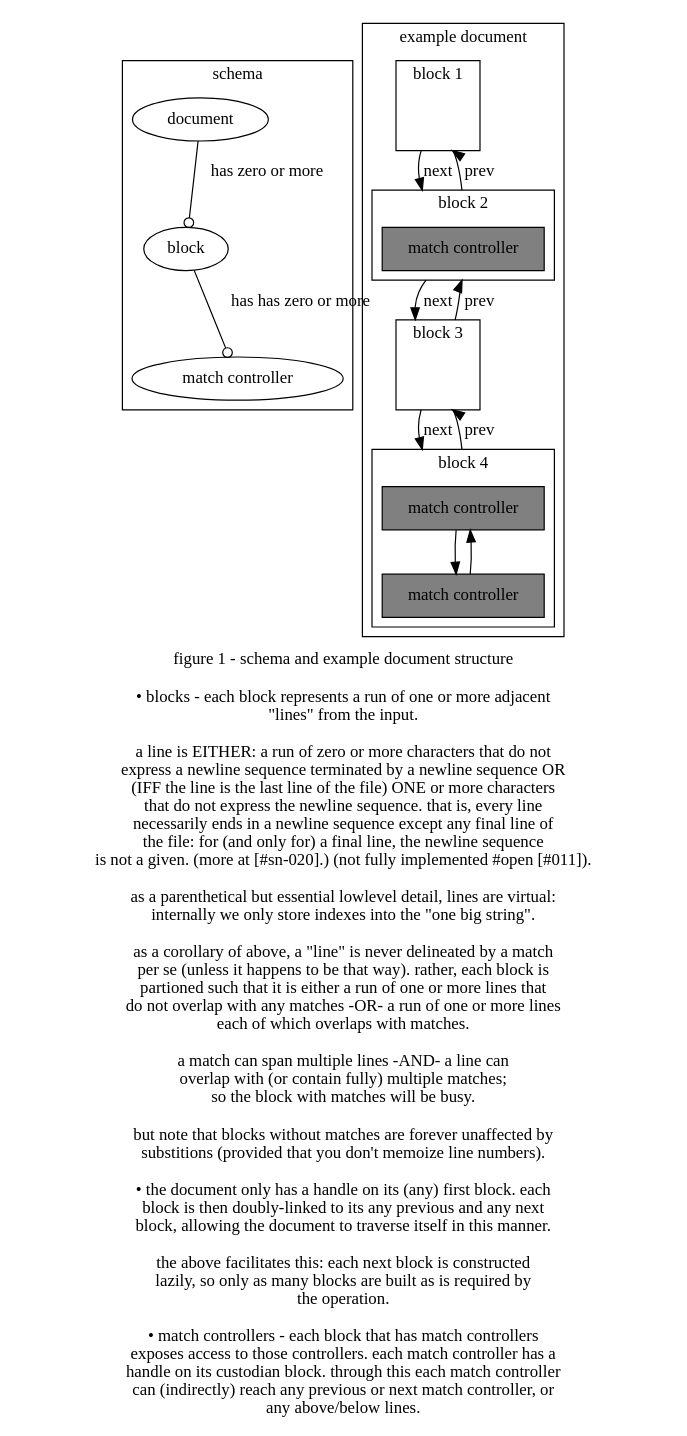
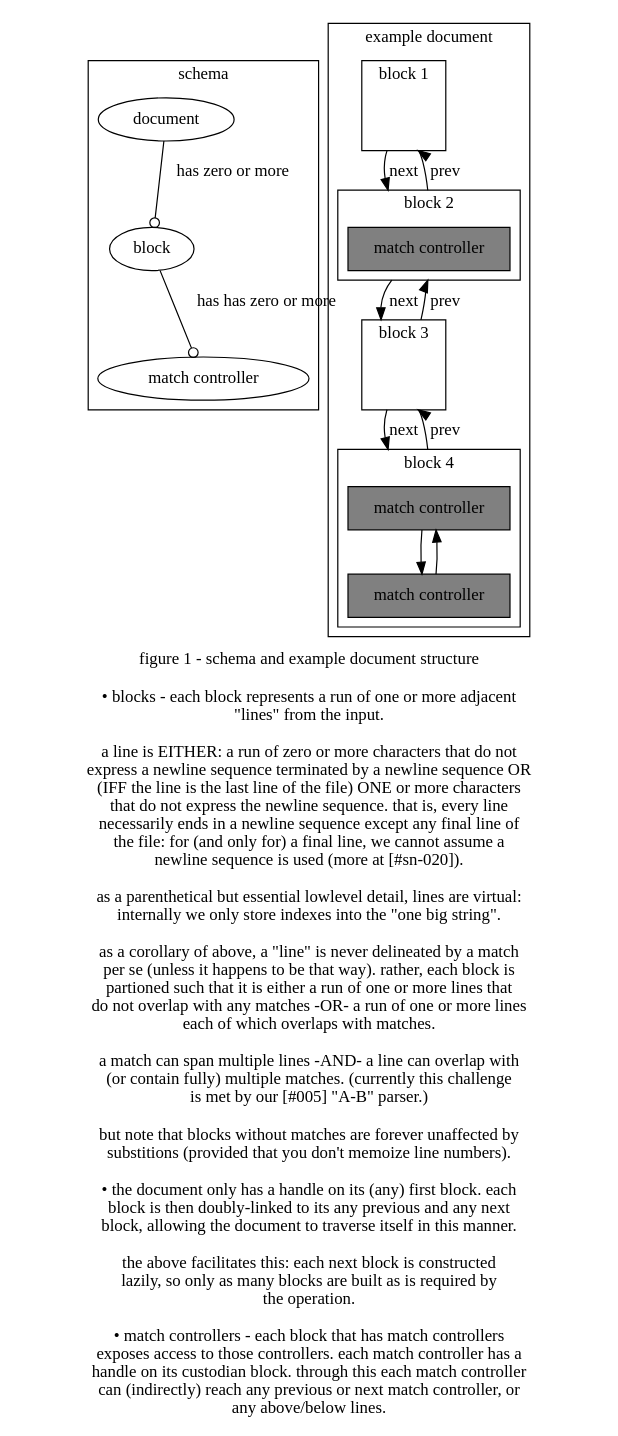
Before and after one commit to hipe/tmx: the diagram in search_and_replace/doc/issues/010/figure-1-schema.dot, drawn with Graphviz. The commit also changed 6 other files, not shown here.

```diff
--- a/search_and_replace/doc/issues/010/figure-1-schema.dot
+++ b/search_and_replace/doc/issues/010/figure-1-schema.dot
@@ -1,102 +1,102 @@
 digraph G {
 
   label="figure 1 - schema and example document structure
 
 • blocks - each block represents a run of one or more adjacent
 \"lines\" from the input.
 
 a line is EITHER: a run of zero or more characters that do not
 express a newline sequence terminated by a newline sequence OR
 (IFF the line is the last line of the file) ONE or more characters
 that do not express the newline sequence. that is, every line
 necessarily ends in a newline sequence except any final line of
-the file: for (and only for) a final line, the newline sequence
-is not a given. (more at [#sn-020].) (not fully implemented #open [#011]).
+the file: for (and only for) a final line, we cannot assume a
+newline sequence is used (more at [#sn-020]).
 
 as a parenthetical but essential lowlevel detail, lines are virtual:
 internally we only store indexes into the \"one big string\".
 
 as a corollary of above, a \"line\" is never delineated by a match
 per se (unless it happens to be that way). rather, each block is
 partioned such that it is either a run of one or more lines that
 do not overlap with any matches -OR- a run of one or more lines
 each of which overlaps with matches.
 
-a match can span multiple lines -AND- a line can
-overlap with (or contain fully) multiple matches;
-so the block with matches will be busy.
+a match can span multiple lines -AND- a line can overlap with
+(or contain fully) multiple matches. (currently this challenge
+is met by our [#005] \"A-B\" parser.)
 
 but note that blocks without matches are forever unaffected by
 substitions (provided that you don't memoize line numbers).
 
 • the document only has a handle on its (any) first block. each
 block is then doubly-linked to its any previous and any next
 block, allowing the document to traverse itself in this manner.
 
 the above facilitates this: each next block is constructed
 lazily, so only as many blocks are built as is required by
 the operation.
 
 • match controllers - each block that has match controllers
 exposes access to those controllers. each match controller has a
 handle on its custodian block. through this each match controller
 can (indirectly) reach any previous or next match controller, or
 any above/below lines.
 "
 
   compound=true
 
   subgraph cluster_schema {
     label="schema"
     node [shape=ellipse]
     a->b [label="has zero or more" arrowhead="odot"]
     b->c [label="has has zero or more" arrowhead="odot"]
     a [label="document"]
     b [label="block"]
     c [label="match controller"]
   }
 
   subgraph cluster_doc {
     label="example document"
     style=filled
     fillcolor=white
 
     subgraph cluster0 {
       label="block 1"
       fillcolor=white
       b0 [style="invis"]
     }
 
     subgraph cluster1 {
       label="block 2"
       fillcolor=white
       node [shape=rect style=filled fillcolor=grey]
       b1_mc [label="match controller"]
     }
 
     b0->b1_mc [ltail=cluster0 lhead=cluster1 label="next"]
     b1_mc->b0 [ltail=cluster1 lhead=cluster0 label="prev"]
 
     subgraph cluster2 {
       label="block 3"
       fillcolor=white
       b2 [style="invis"]
     }
 
     b1_mc->b2 [ltail=cluster1 lhead=cluster2 label="next"]
     b2->b1_mc [ltail=cluster2 lhead=cluster1 label="prev"]
 
     subgraph cluster3 {
       label="block 4"
       fillcolor=white
       node [shape=rect style=filled fillcolor=grey]
       b3_mc0 [label="match controller"]
       b3_mc1 [label="match controller"]
       b3_mc1->b3_mc0
       b3_mc0->b3_mc1
     }
 
     b2->b3_mc0 [ltail=cluster2 lhead=cluster3 label="next"]
     b3_mc0->b2 [ltail=cluster3 lhead=cluster2 label="prev"]
   }
 }
```
